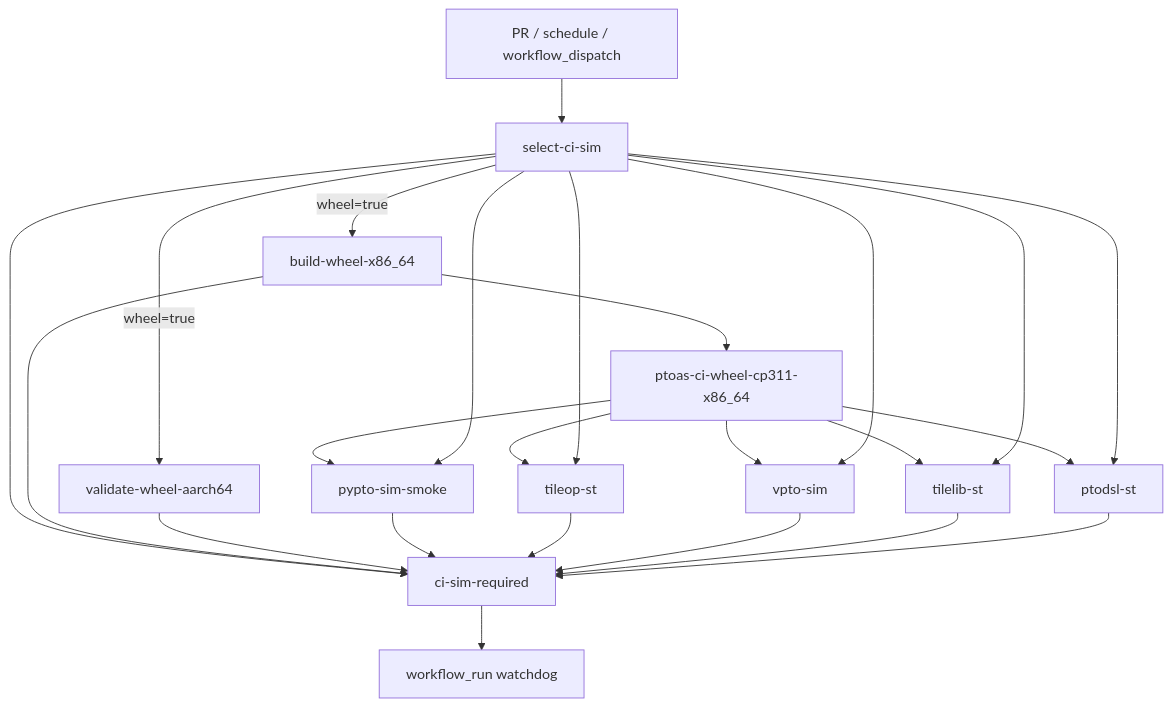
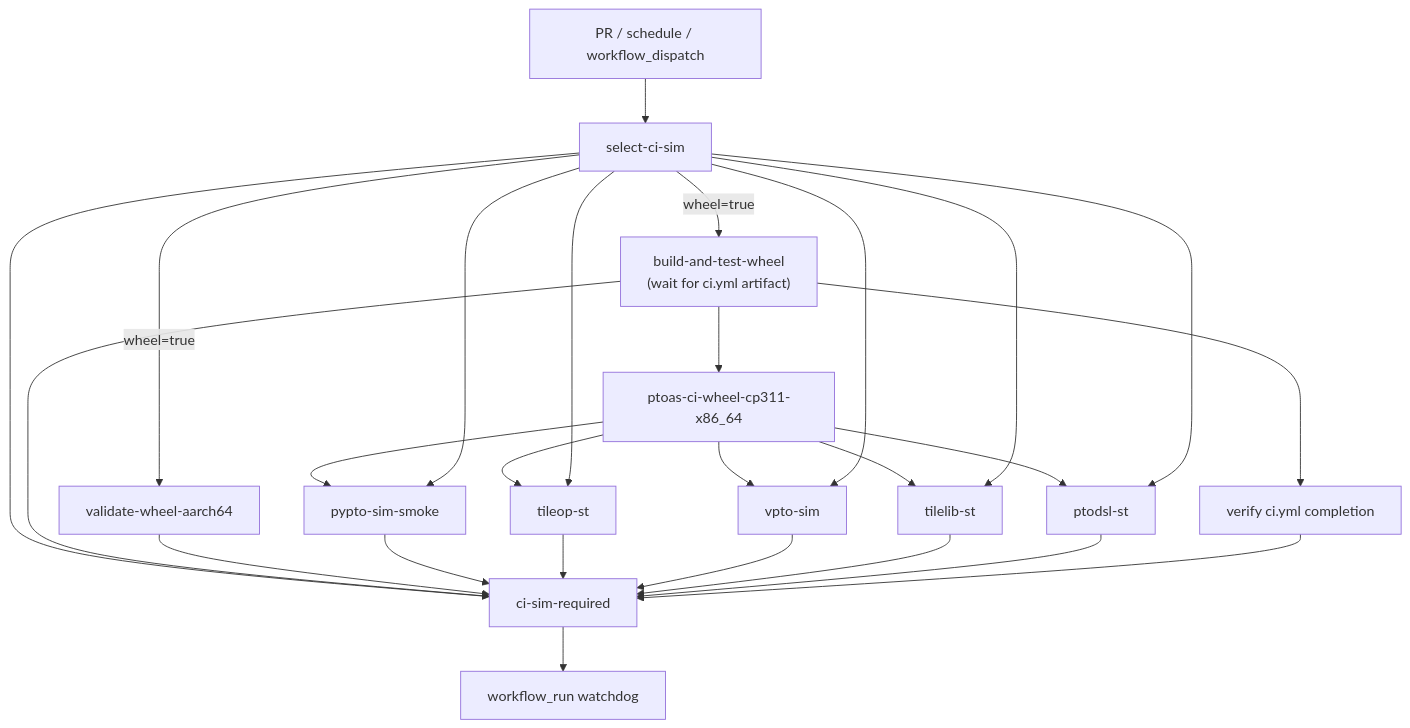
Before and after one commit to Zhendong404/PTOAS: the second of 2 diagrams in docs/design/ci-wheel-fanout-workflow-design.md, drawn with Mermaid. The commit also changed other lines of this file and 8 other files, not shown here.

````diff
--- a/docs/design/ci-wheel-fanout-workflow-design.md
+++ b/docs/design/ci-wheel-fanout-workflow-design.md
@@ -54,26 +71,28 @@
 ```mermaid
 flowchart TD
   Event["PR / schedule / workflow_dispatch"] --> Select["select-ci-sim"]
-  Select -->|wheel=true| X86["build-wheel-x86_64"]
+  Select -->|wheel=true| X86["build-and-test-wheel\n(wait for ci.yml artifact)"]
   Select -->|wheel=true| ARM["validate-wheel-aarch64"]
   X86 --> Artifact["ptoas-ci-wheel-cp311-x86_64"]
   Artifact --> PyPTO["pypto-sim-smoke"]
   Artifact --> TileOp["tileop-st"]
   Artifact --> VPTO["vpto-sim"]
   Artifact --> TileLib["tilelib-st"]
   Artifact --> PTODSL["ptodsl-st"]
   Select --> PyPTO
   Select --> TileOp
   Select --> VPTO
   Select --> TileLib
   Select --> PTODSL
   Select --> Gate["ci-sim-required"]
   X86 --> Gate
   ARM --> Gate
   PyPTO --> Gate
   TileOp --> Gate
   VPTO --> Gate
   TileLib --> Gate
   PTODSL --> Gate
+  X86 --> Verify["verify ci.yml completion"]
+  Verify --> Gate
   Gate --> Watchdog["workflow_run watchdog"]
 ```
````
